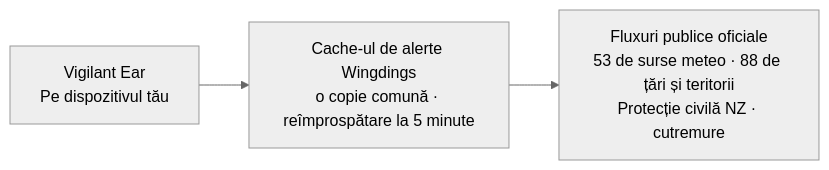
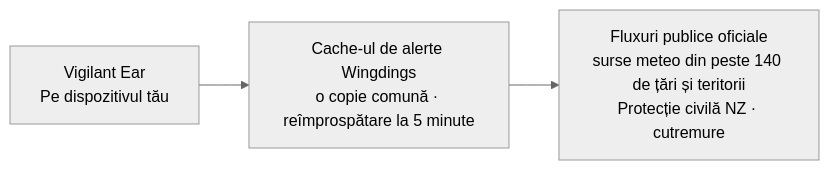
Before and after one commit to rpalm01-star/VigilantEarLegal: the fourth of 4 diagrams in README_ro.md, drawn with Mermaid (neutral theme). The commit also changed other lines of this file and 59 other files, not shown here.

````diff
--- a/README_ro.md
+++ b/README_ro.md
@@ -182,5 +182,5 @@
 ```mermaid
 graph LR
     P1["Vigilant Ear<br/>Pe dispozitivul tău"] --> W["Cache-ul de alerte Wingdings<br/>o copie comună · reîmprospătare la 5 minute"]
-    W --> N["Fluxuri publice oficiale<br/>53 de surse meteo · 88 de țări și teritorii<br/>Protecție civilă NZ · cutremure"]
+    W --> N["Fluxuri publice oficiale<br/>surse meteo din peste 140 de țări și teritorii<br/>Protecție civilă NZ · cutremure"]
 ```
````
